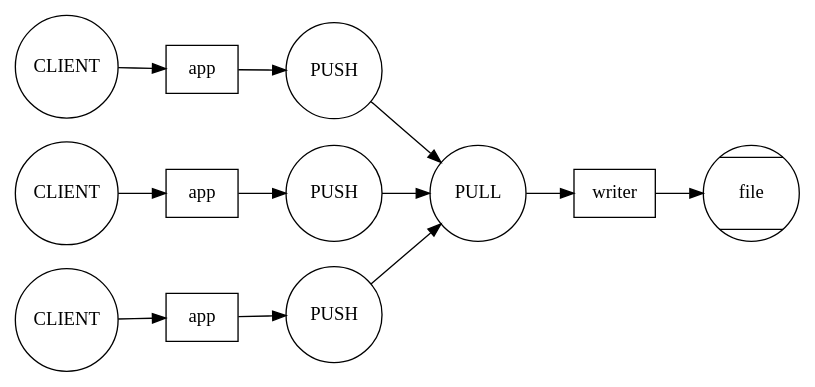
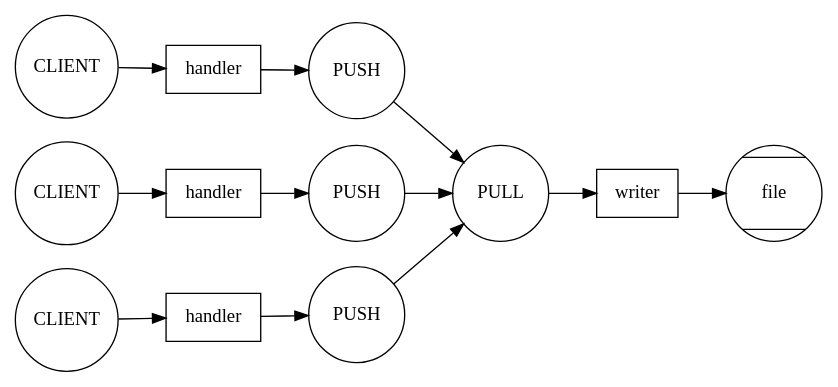
Before and after one commit to brettviren/zio: the diagram in docs/flow-broker.org, drawn with Graphviz. The commit also changed other lines of this file and 12 other files, not shown here.

```diff
--- a/docs/flow-broker.org
+++ b/docs/flow-broker.org
@@ -151,18 +163,18 @@
 #+begin_src dot :file flow-broker-file.png :export results
 digraph conn {
 rankdir=LR
 node[shape=box]
-flow1[label="app"];flow2[label="app"];flow3[label="app"]
+flow1[label="handler"];flow2[label="handler"];flow3[label="handler"]
 writer
 node[shape=circle,fixed=true,width=1]
 c1[label="CLIENT"];c2[label="CLIENT"];c3[label="CLIENT"]
 push1[label="PUSH"];push2[label="PUSH"];push3[label="PUSH"]
 pull[label="PULL"]
 node[shape=Mcircle]
 file
 
 c1->flow1->push1->pull->writer->file
 c2->flow2->push2->pull
 c3->flow3->push3->pull
 }
 #+end_src
```
